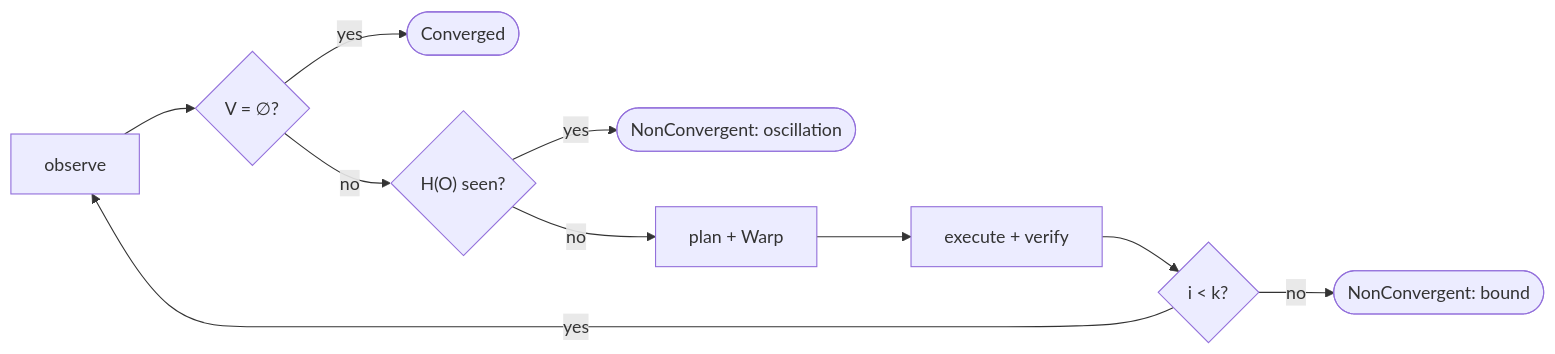
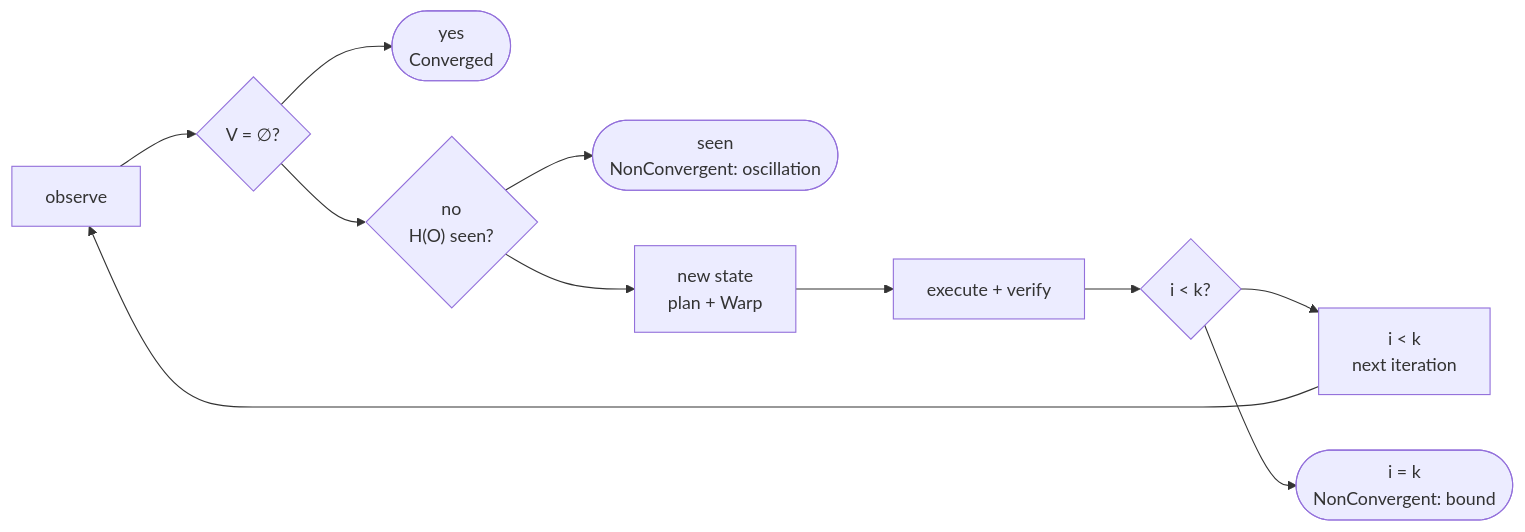
The diagram in docs/formal/reconciliation.md (kmosoti/Nomos), drawn with Mermaid before and after one commit. The commit also changed 7 other files, not shown here.

First line of the commit message:
Fix Mermaid diagrams that fail to render on GitHub

````diff
--- a/docs/formal/reconciliation.md
+++ b/docs/formal/reconciliation.md
@@ -51,10 +51,10 @@
 ```mermaid
 flowchart LR
     O["observe"] --> D{"V = ∅?"}
-    D -- yes --> C(["Converged"])
-    D -- no --> Hs{"H(O) seen?"}
-    Hs -- yes --> N1(["NonConvergent: oscillation"])
-    Hs -- no --> P["plan + Warp"] --> X["execute + verify"] --> B{"i < k?"}
-    B -- yes --> O
-    B -- no --> N2(["NonConvergent: bound"])
+    D --> C(["yes<br/>Converged"])
+    D --> Hs{"no<br/>H(O) seen?"}
+    Hs --> N1(["seen<br/>NonConvergent: oscillation"])
+    Hs --> P["new state<br/>plan + Warp"] --> X["execute + verify"] --> B{"i < k?"}
+    B --> Loop["i < k<br/>next iteration"] --> O
+    B --> N2(["i = k<br/>NonConvergent: bound"])
 ```
````
